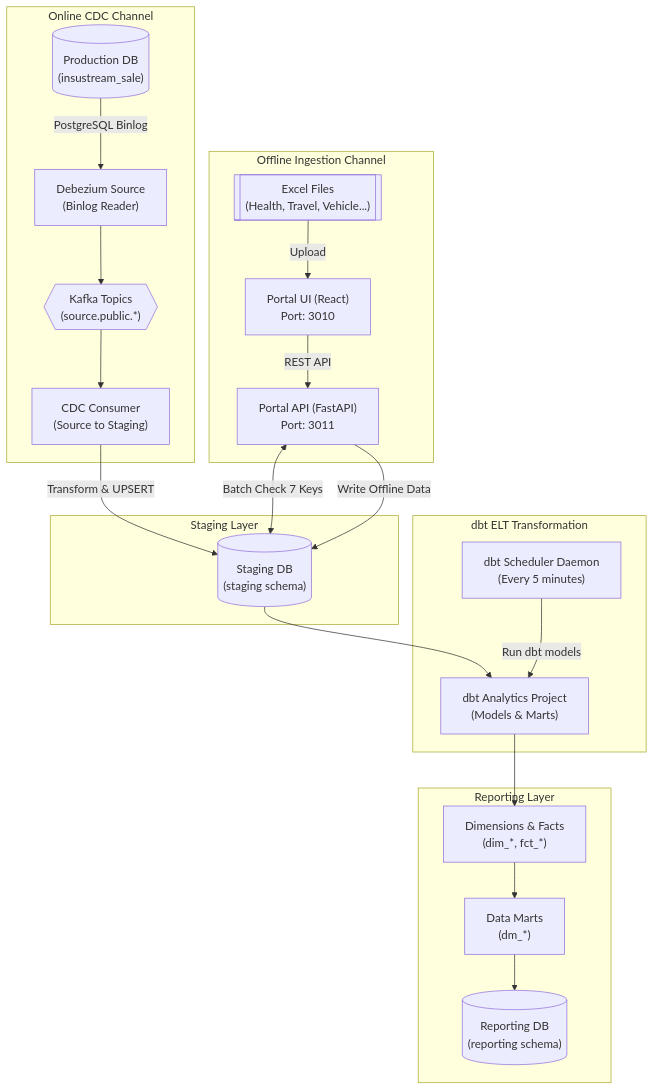
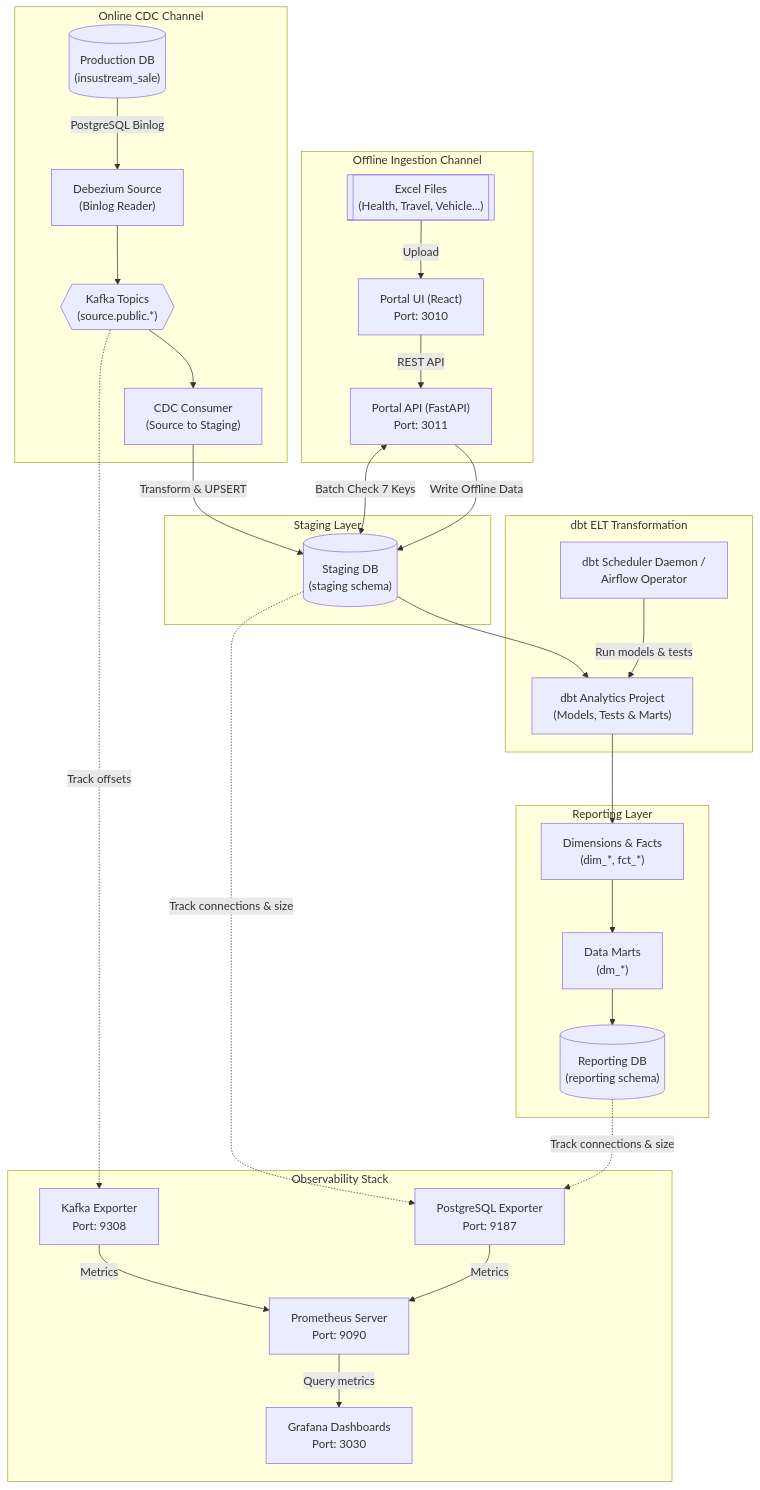
One commit to phatle224/hybrid-data-ingestion-streaming-platform changed the diagram in README.md. Above: the diagram before and after it, drawn with Mermaid. The commit also changed 5 other files, not shown here.

Commit message:
docs: add architecture documentation, workflow design guides, and dbt schema definitions

````diff
--- a/README.md
+++ b/README.md
@@ -57,49 +57,64 @@
 ```mermaid
 flowchart TB
     subgraph "Online CDC Channel"
         SRC_DB[("Production DB<br/>(insustream_sale)")]
         DBZ_SRC["Debezium Source<br/>(Binlog Reader)"]
         KF_SRC{{"Kafka Topics<br/>(source.public.*)"}}
         CDC_CONS["CDC Consumer<br/>(Source to Staging)"]
     end
 
     subgraph "Offline Ingestion Channel"
         EXCEL[["Excel Files<br/>(Health, Travel, Vehicle...)"]]
         PORTAL_FE["Portal UI (React)<br/>Port: 3010"]
         PORTAL_BE["Portal API (FastAPI)<br/>Port: 3011"]
     end
 
     subgraph "Staging Layer"
         STG_DB[("Staging DB<br/>(staging schema)")]
     end
 
     subgraph "dbt ELT Transformation"
-        SCHEDULER["dbt Scheduler Daemon<br/>(Every 5 minutes)"]
-        DBT_ANALYTICS["dbt Analytics Project<br/>(Models & Marts)"]
+        SCHEDULER["dbt Scheduler Daemon /<br/>Airflow Operator"]
+        DBT_ANALYTICS["dbt Analytics Project<br/>(Models, Tests & Marts)"]
     end
 
     subgraph "Reporting Layer"
         RPT_DB[("Reporting DB<br/>(reporting schema)")]
         WIDE_TAB["Dimensions & Facts<br/>(dim_*, fct_*)"]
         MARTS["Data Marts<br/>(dm_*)"]
+    end
+
+    subgraph "Observability Stack"
+        PROM["Prometheus Server<br/>Port: 9090"]
+        GRAF["Grafana Dashboards<br/>Port: 3030"]
+        K_EXP["Kafka Exporter<br/>Port: 9308"]
+        P_EXP["PostgreSQL Exporter<br/>Port: 9187"]
     end
 
     %% Online Channel
     SRC_DB -->|PostgreSQL Binlog| DBZ_SRC
     DBZ_SRC --> KF_SRC
     KF_SRC --> CDC_CONS
     CDC_CONS -->|Transform & UPSERT| STG_DB
 
     %% Offline Channel
     EXCEL -->|Upload| PORTAL_FE
     PORTAL_FE -->|REST API| PORTAL_BE
     PORTAL_BE <-->|Batch Check 7 Keys| STG_DB
     PORTAL_BE -->|Write Offline Data| STG_DB
 
     %% dbt ELT
     STG_DB --> DBT_ANALYTICS
-    SCHEDULER -->|Run dbt models| DBT_ANALYTICS
+    SCHEDULER -->|Run models & tests| DBT_ANALYTICS
     DBT_ANALYTICS --> WIDE_TAB
     WIDE_TAB --> MARTS
     MARTS --> RPT_DB
+
+    %% Observability Connections
+    KF_SRC -.->|Track offsets| K_EXP
+    K_EXP -->|Metrics| PROM
+    STG_DB -.->|Track connections & size| P_EXP
+    RPT_DB -.->|Track connections & size| P_EXP
+    P_EXP -->|Metrics| PROM
+    PROM -->|Query metrics| GRAF
 ```
````
